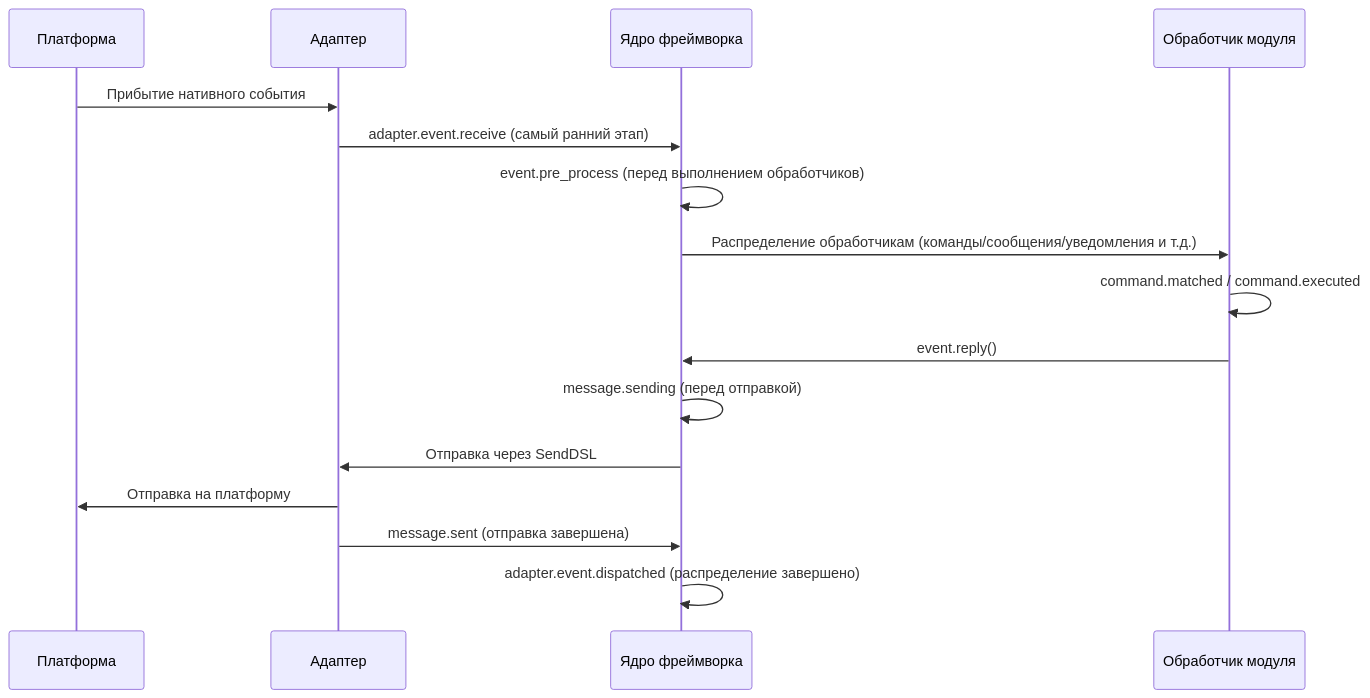
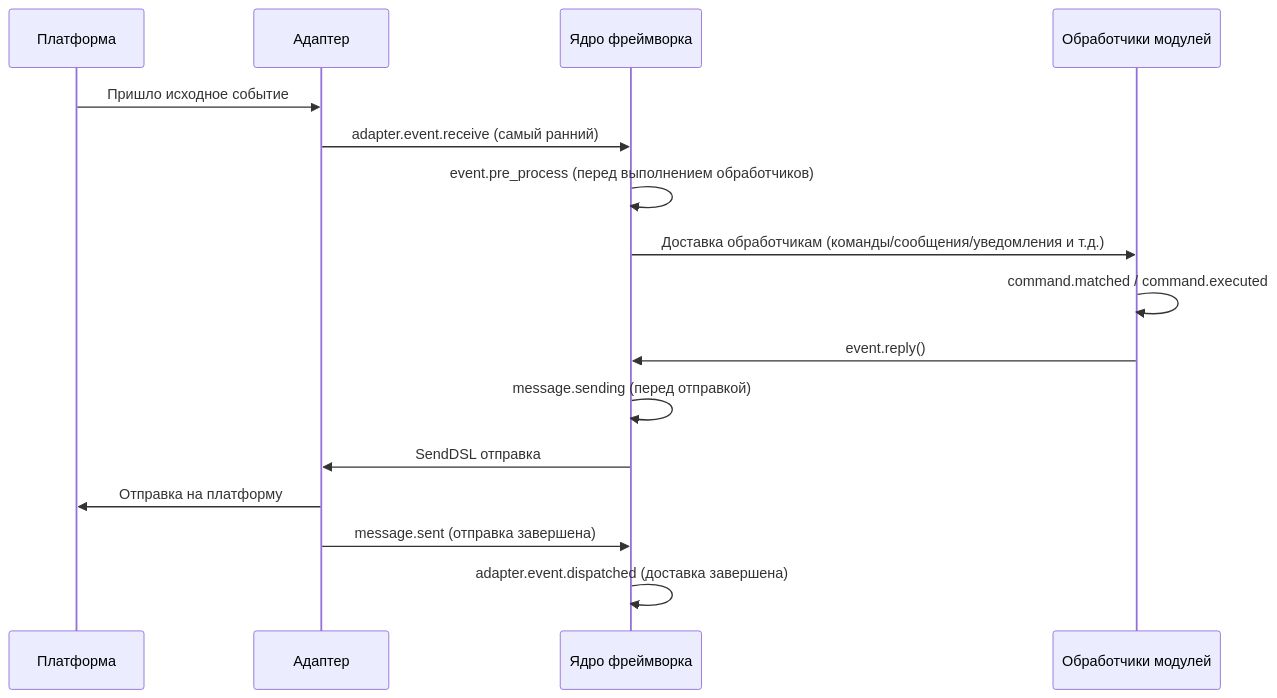
The diagram in docs/ru/advanced/lifecycle.md (ErisPulse/ErisPulse), drawn with Mermaid before and after one commit. The commit also changed other lines of this file and 40 other files, not shown here.

````diff
--- a/docs/ru/advanced/lifecycle.md
+++ b/docs/ru/advanced/lifecycle.md
@@ -131,19 +124,19 @@
 ```mermaid
 sequenceDiagram
     participant P as Платформа
     participant A as Адаптер
     participant F as Ядро фреймворка
-    participant M as Обработчик модуля
+    participant M as Обработчики модулей
 
-    P->>A: Прибытие нативного события
-    A->>F: adapter.event.receive (самый ранний этап)
+    P->>A: Пришло исходное событие
+    A->>F: adapter.event.receive (самый ранний)
     F->>F: event.pre_process (перед выполнением обработчиков)
-    F->>M: Распределение обработчикам (команды/сообщения/уведомления и т.д.)
+    F->>M: Доставка обработчикам (команды/сообщения/уведомления и т.д.)
     M->>M: command.matched / command.executed
     M->>F: event.reply()
     F->>F: message.sending (перед отправкой)
-    F->>A: Отправка через SendDSL
+    F->>A: SendDSL отправка
     A->>P: Отправка на платформу
     A->>F: message.sent (отправка завершена)
-    F->>F: adapter.event.dispatched (распределение завершено)
+    F->>F: adapter.event.dispatched (доставка завершена)
 ```
````
